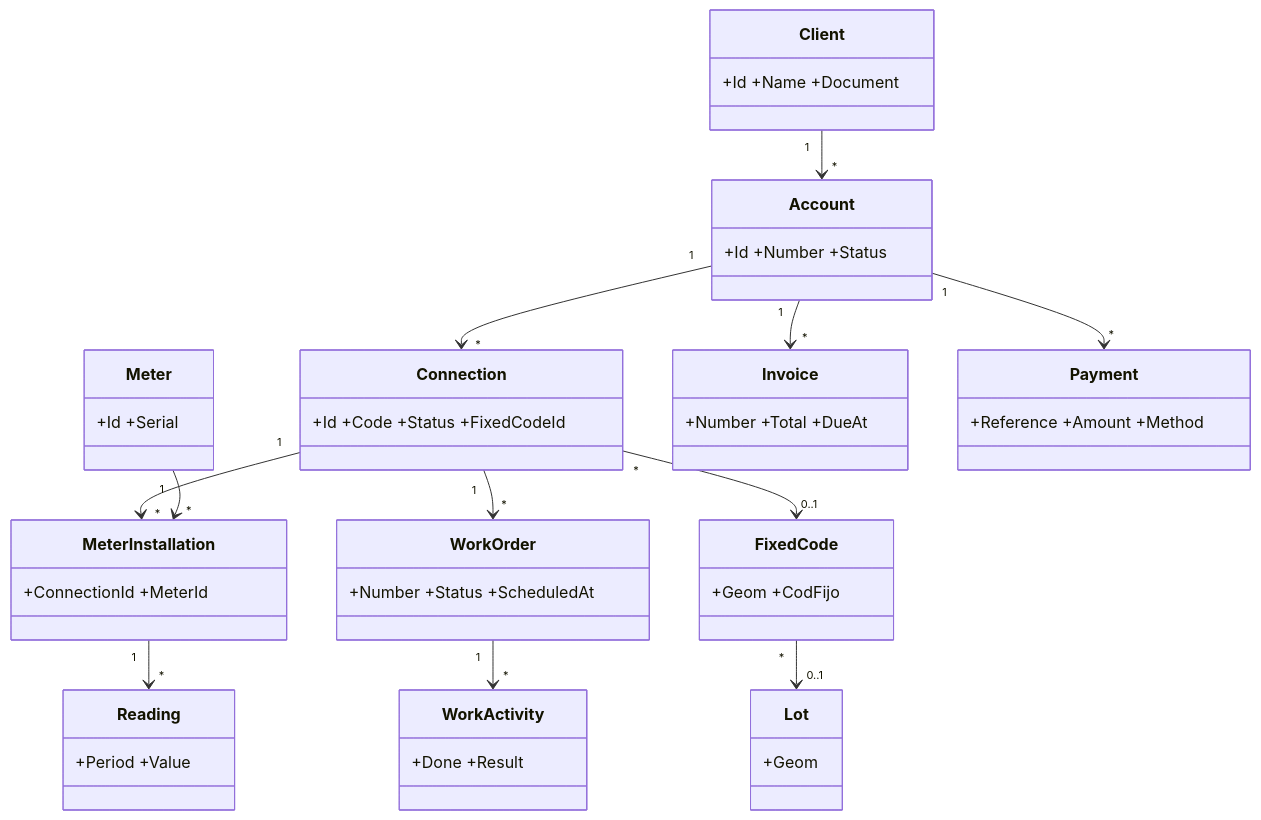
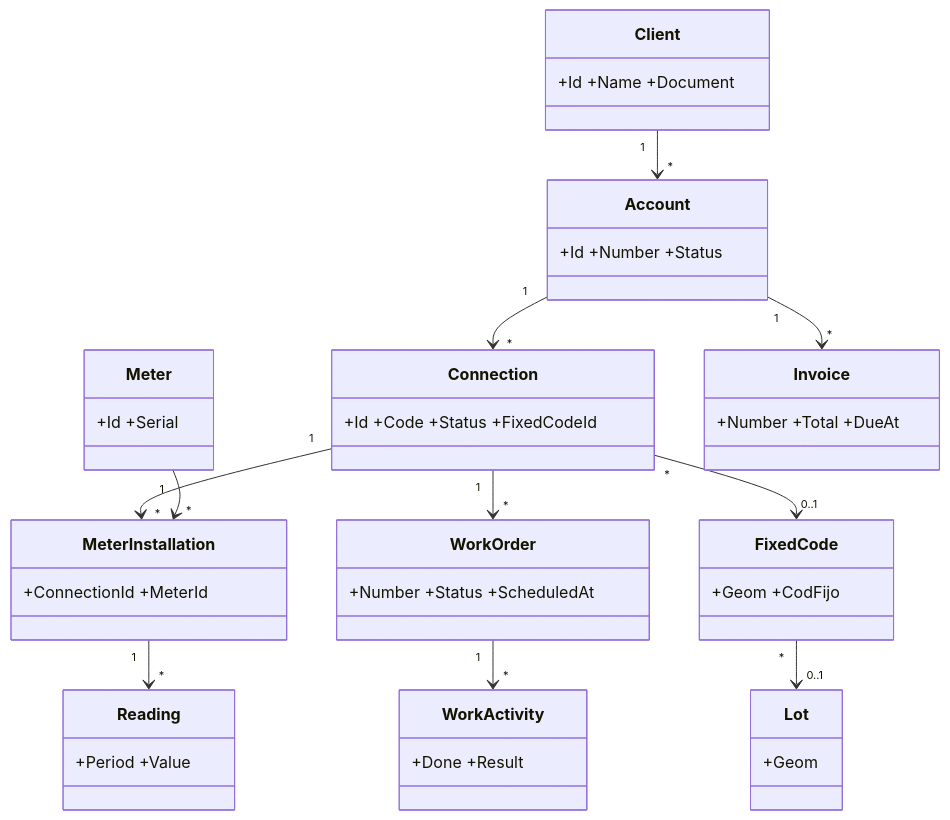
The second of 3 diagrams in AquaControl/docs/01_Arquitectura_y_Diagramas.md (juancarlosperezarauco-hue/aguacontrol), drawn with Mermaid before and after one commit. The commit also changed other lines of this file and 21 other files, not shown here.

````diff
--- a/AquaControl/docs/01_Arquitectura_y_Diagramas.md
+++ b/AquaControl/docs/01_Arquitectura_y_Diagramas.md
@@ -20,26 +20,24 @@
 ```mermaid
 classDiagram
   class Client { +Id +Name +Document }
   class Account { +Id +Number +Status }
   class Connection { +Id +Code +Status +FixedCodeId }
   class Meter { +Id +Serial }
   class MeterInstallation { +ConnectionId +MeterId }
   class Reading { +Period +Value }
   class Invoice { +Number +Total +DueAt }
-  class Payment { +Reference +Amount +Method }
   class WorkOrder { +Number +Status +ScheduledAt }
   class WorkActivity { +Done +Result }
   class FixedCode { +Geom +CodFijo }
   class Lot { +Geom }
   Client "1" --> "*" Account
   Account "1" --> "*" Connection
   Connection "1" --> "*" MeterInstallation
   Meter "1" --> "*" MeterInstallation
   MeterInstallation "1" --> "*" Reading
   Account "1" --> "*" Invoice
-  Account "1" --> "*" Payment
   Connection "1" --> "*" WorkOrder
   WorkOrder "1" --> "*" WorkActivity
   Connection "*" --> "0..1" FixedCode
   FixedCode "*" --> "0..1" Lot
 ```
````
